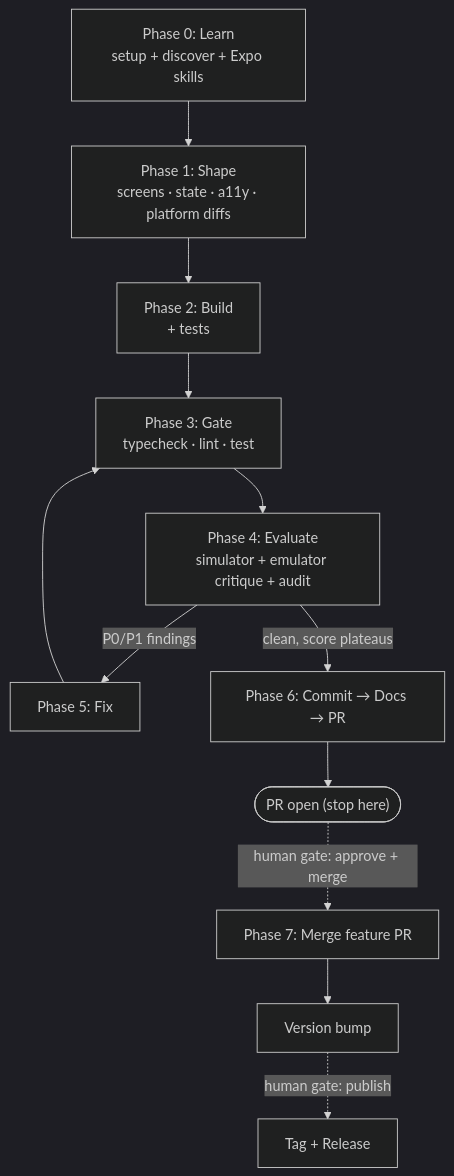
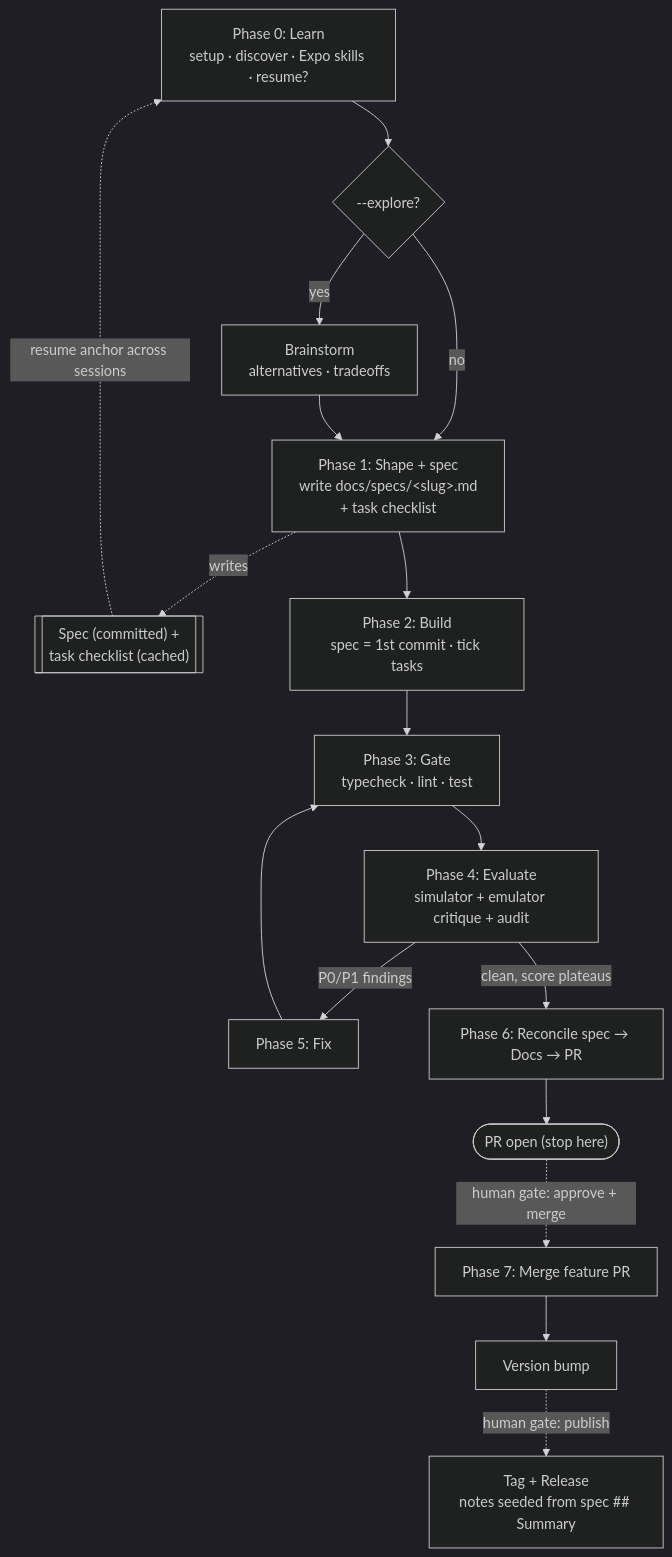
The fourth of 4 diagrams in README.md (pyaethu-aung/skills), drawn with Mermaid (dark theme) before and after one commit. The commit also changed other lines of this file and 1 other file, not shown here.

First line of the commit message:
docs: document explore mode and spec workflow

````diff
--- a/README.md
+++ b/README.md
@@ -171,14 +178,19 @@
 ```mermaid
 flowchart TD
-    L["Phase 0: Learn<br/>setup + discover + Expo skills"] --> S["Phase 1: Shape<br/>screens · state · a11y · platform diffs"]
-    S --> B["Phase 2: Build<br/>+ tests"]
+    L["Phase 0: Learn<br/>setup · discover · Expo skills · resume?"] --> X{"--explore?"}
+    X -->|yes| BR["Brainstorm<br/>alternatives · tradeoffs"]
+    X -->|no| S["Phase 1: Shape + spec<br/>write docs/specs/&lt;slug&gt;.md<br/>+ task checklist"]
+    BR --> S
+    S -. "writes" .-> A[["Spec (committed) +<br/>task checklist (cached)"]]
+    A -. "resume anchor across sessions" .-> L
+    S --> B["Phase 2: Build<br/>spec = 1st commit · tick tasks"]
     B --> G["Phase 3: Gate<br/>typecheck · lint · test"]
     G --> E["Phase 4: Evaluate<br/>simulator + emulator critique + audit"]
     E -->|P0/P1 findings| F["Phase 5: Fix"]
     F --> G
-    E -->|clean, score plateaus| C["Phase 6: Commit → Docs → PR"]
+    E -->|clean, score plateaus| C["Phase 6: Reconcile spec → Docs → PR"]
     C --> PR(["PR open (stop here)"])
     PR -. "human gate: approve + merge" .-> M["Phase 7: Merge feature PR"]
     M --> Vb["Version bump"]
-    Vb -. "human gate: publish" .-> R["Tag + Release"]
+    Vb -. "human gate: publish" .-> R["Tag + Release<br/>notes seeded from spec ## Summary"]
 ```
````
